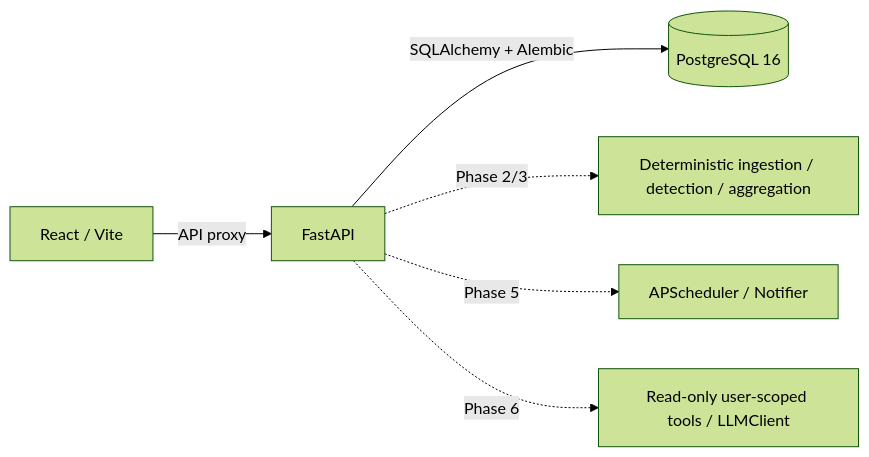
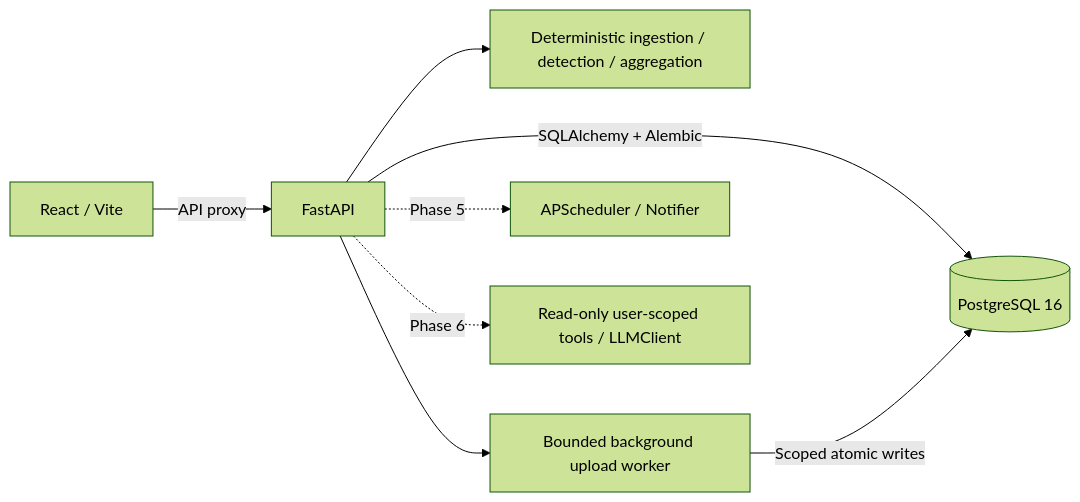
The diagram in README.md (devendrarajsingh07/AI-Powered-Subscription-Recurring-Payment-Manager), drawn with Mermaid (forest theme) before and after one commit. The commit also changed other lines of this file and 1 other file, not shown here.

Commit message:
docs: record Phase 3 API contract verification and handoff

````diff
--- a/README.md
+++ b/README.md
@@ -96,8 +159,10 @@
 ```mermaid
 flowchart LR
     Browser[React / Vite] -->|API proxy| API[FastAPI]
     API -->|SQLAlchemy + Alembic| DB[(PostgreSQL 16)]
-    API -. Phase 2/3 .-> Rules[Deterministic ingestion / detection / aggregation]
+    API --> Rules[Deterministic ingestion / detection / aggregation]
+    API --> Worker[Bounded background upload worker]
+    Worker -->|Scoped atomic writes| DB
     API -. Phase 5 .-> Jobs[APScheduler / Notifier]
     API -. Phase 6 .-> Chat[Read-only user-scoped tools / LLMClient]
 ```
````
